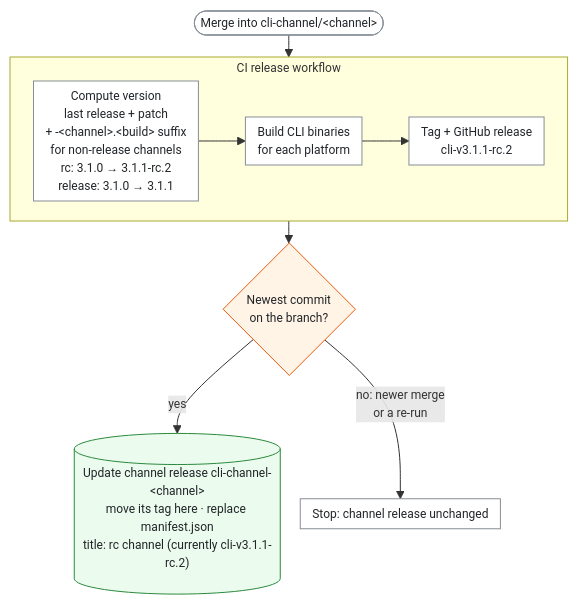
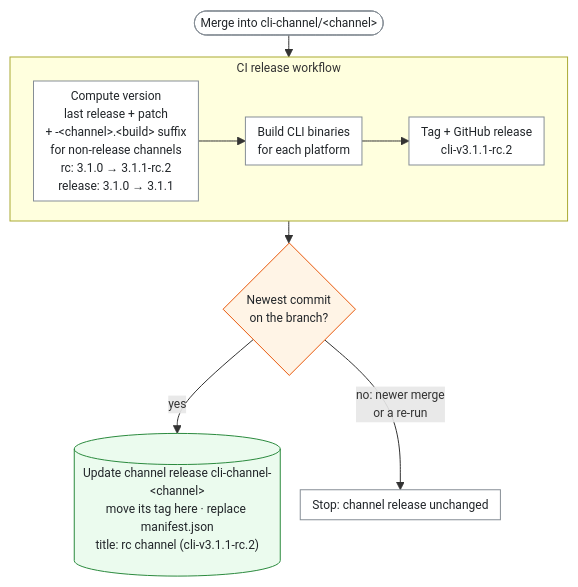
One commit to deephaven/deephaven-mcp changed the third of 4 diagrams in docs/RELEASE_ARCHITECTURE.md. Above: the diagram before and after it, drawn with Mermaid. The commit also changed other lines of this file and 3 other files, not shown here.

````diff
--- a/docs/RELEASE_ARCHITECTURE.md
+++ b/docs/RELEASE_ARCHITECTURE.md
@@ -156,21 +156,21 @@
 ```mermaid
 %%{init: {'themeVariables': {'fontSize': '12px'}, 'flowchart': {'nodeSpacing': 20, 'rankSpacing': 22, 'padding': 6, 'subGraphTitleMargin': {'top': 2, 'bottom': 2}}}}%%
 flowchart TB
   push(["Merge into cli-channel/#lt;channel#gt;"])
   subgraph ci["CI release workflow"]
     direction LR
     ver["Compute version<br/>last release + patch<br/>+ -#lt;channel#gt;.#lt;build#gt; suffix<br/>for non-release channels<br/>rc: 3.1.0 → 3.1.1-rc.2<br/>release: 3.1.0 → 3.1.1"] --> build["Build CLI binaries<br/>for each platform"] --> rel["Tag + GitHub release<br/>cli-v3.1.1-rc.2"]
   end
   tip{"Newest commit<br/>on the branch?"}
-  ptr[("Update channel release cli-channel-#lt;channel#gt;<br/>move its tag here · replace manifest.json<br/>title: rc channel (currently cli-v3.1.1-rc.2)")]
+  ptr[("Update channel release cli-channel-#lt;channel#gt;<br/>move its tag here · replace manifest.json<br/>title: rc channel (cli-v3.1.1-rc.2)")]
   push --> ci
   ci --> tip
   tip -- yes --> ptr
   tip -- "no: newer merge<br/>or a re-run" --> stop["Stop: channel release unchanged"]
   classDef step fill:#ffffff,stroke:#868e96,color:#212529
   classDef decision fill:#fff4e6,stroke:#e8590c,color:#212529
   classDef store fill:#ebfbee,stroke:#2b8a3e,color:#212529
   class ver,build,rel,stop,push step
   class tip decision
   class ptr store
 ```
````
